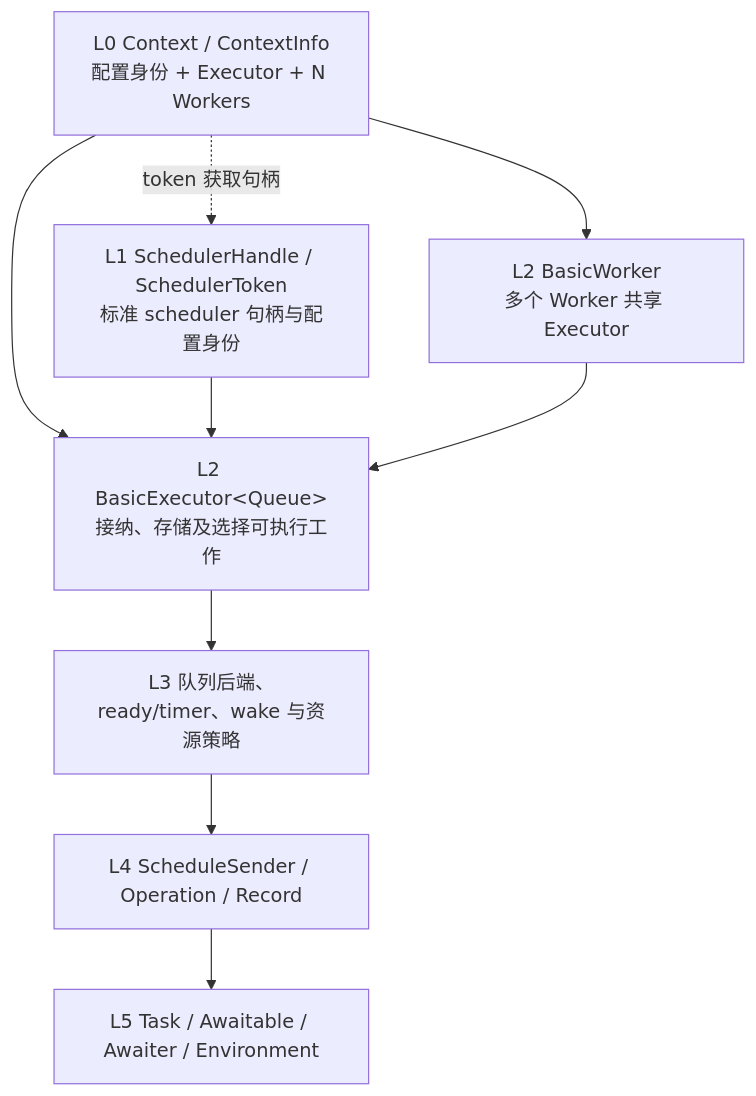
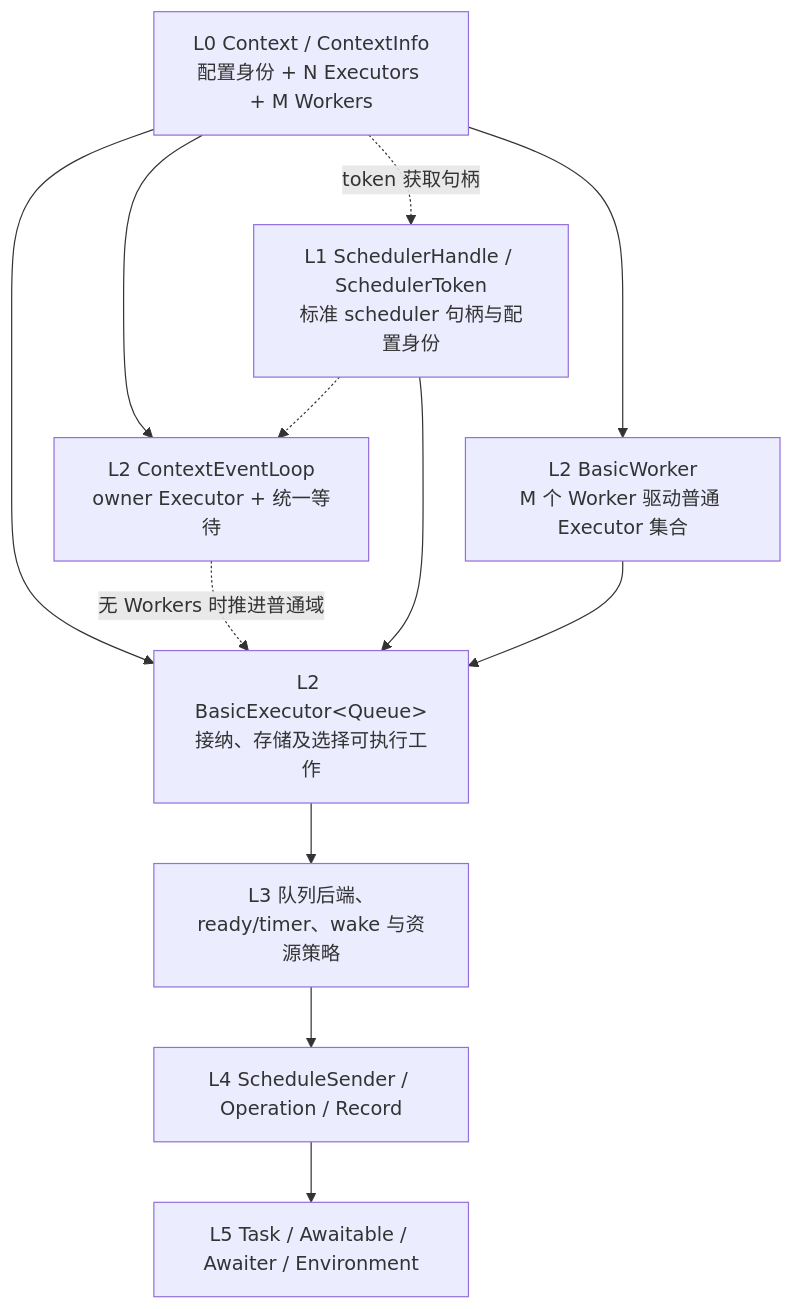
Before and after one commit to mmmmmcree/async: the second of 4 diagrams in CORE_DESIGN.md, drawn with Mermaid. The commit also changed other lines of this file and 10 other files, not shown here.

````diff
--- a/CORE_DESIGN.md
+++ b/CORE_DESIGN.md
@@ -109,18 +109,22 @@
 ```mermaid
 flowchart TB
-    C["L0 Context / ContextInfo<br/>配置身份 + Executor + N Workers"]
+    C["L0 Context / ContextInfo<br/>配置身份 + N Executors + M Workers"]
     S["L1 SchedulerHandle / SchedulerToken<br/>标准 scheduler 句柄与配置身份"]
     E["L2 BasicExecutor&lt;Queue&gt;<br/>接纳、存储及选择可执行工作"]
-    W["L2 BasicWorker<br/>多个 Worker 共享 Executor"]
+    W["L2 BasicWorker<br/>M 个 Worker 驱动普通 Executor 集合"]
     P["L3 队列后端、ready/timer、wake 与资源策略"]
     O["L4 ScheduleSender / Operation / Record"]
     T["L5 Task / Awaitable / Awaiter / Environment"]
     C --> E
     C --> W
+    L["L2 ContextEventLoop<br/>owner Executor + 统一等待"]
+    C --> L
+    S -.-> L
+    L -.->|"无 Workers 时推进普通域"| E
     C -.->|"token 获取句柄"| S
     S --> E
     W --> E
     E --> P
     P --> O
     O --> T
 ```
````
